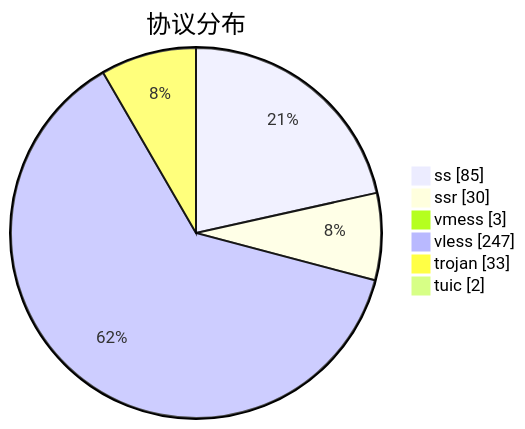
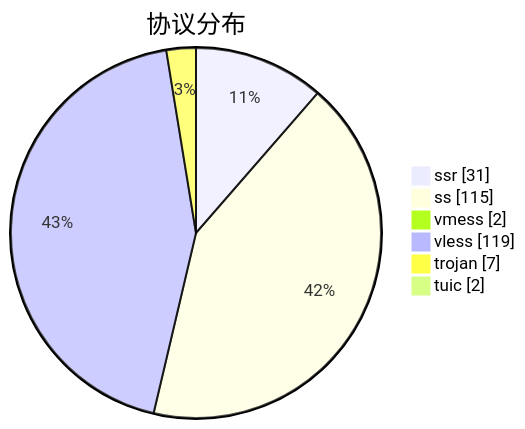
Before and after one commit to qjlxg/airport: the third of 3 diagrams in subs/statistics/tested_within.md, drawn with Mermaid. The commit also changed other lines of this file and 2 other files, not shown here.

````diff
--- a/subs/statistics/tested_within.md
+++ b/subs/statistics/tested_within.md
@@ -26,10 +31,10 @@
 ```mermaid
 pie showData
 title 协议分布
-"ss" : 85
-"ssr" : 30
-"vmess" : 3
-"vless" : 247
-"trojan" : 33
+"ssr" : 31
+"ss" : 115
+"vmess" : 2
+"vless" : 119
+"trojan" : 7
 "tuic" : 2
 ```
````
